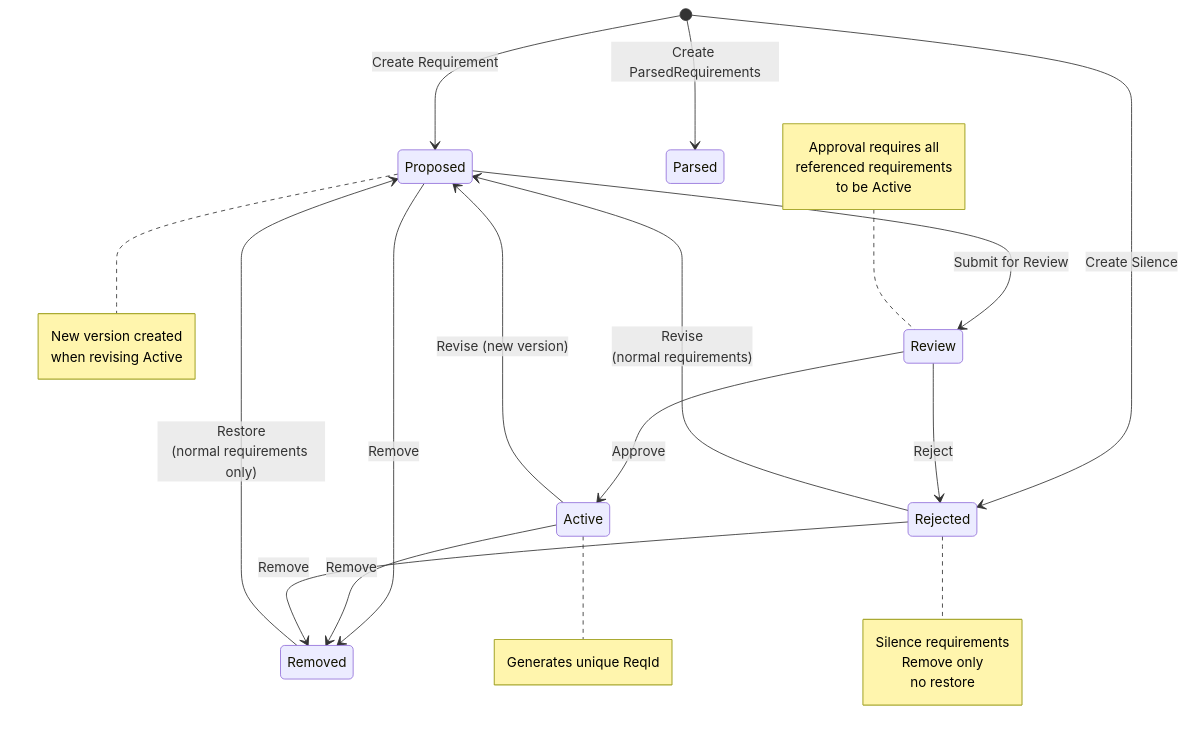
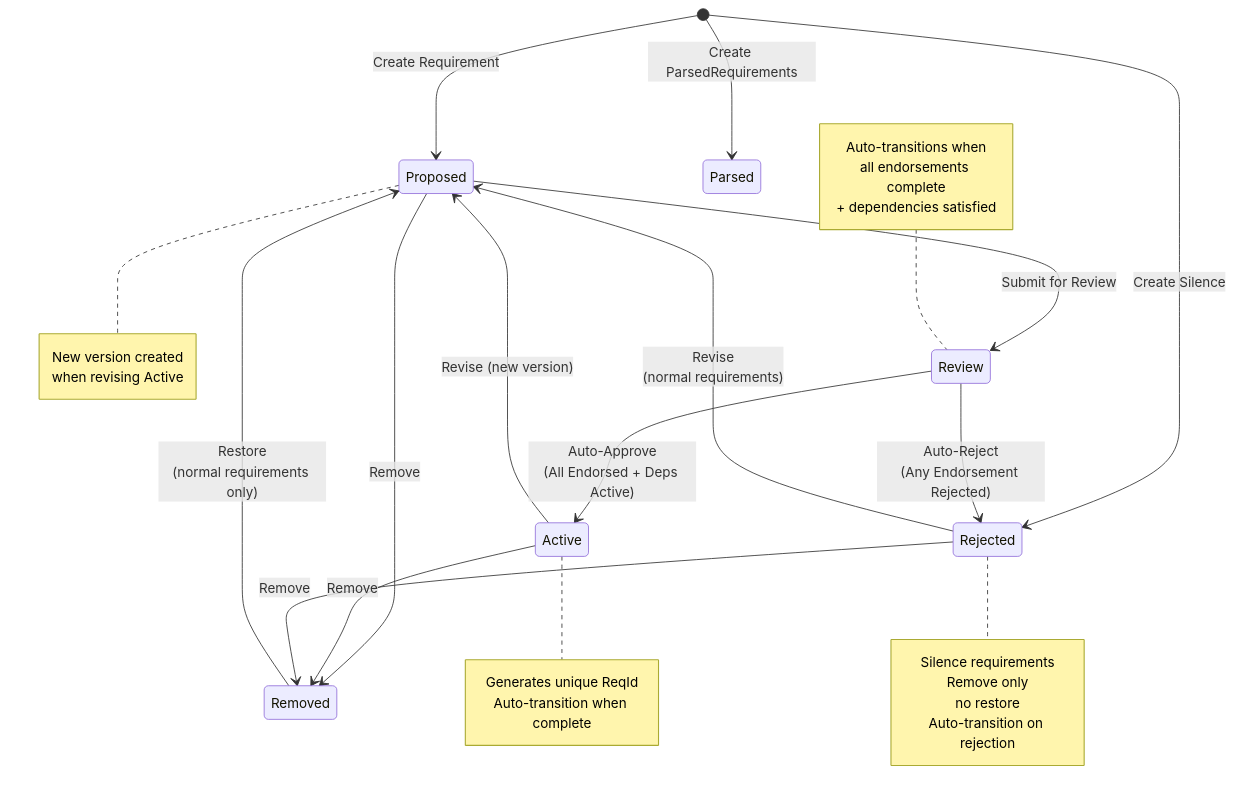
The diagram in CONTRIBUTING.md (final-hill/cathedral), drawn with Mermaid before and after one commit. The commit also changed other lines of this file and 122 other files, not shown here.

````diff
--- a/CONTRIBUTING.md
+++ b/CONTRIBUTING.md
@@ -249,25 +297,25 @@
 ```mermaid
 stateDiagram-v2
     [*] --> Proposed : Create Requirement
     [*] --> Rejected : Create Silence
     [*] --> Parsed : Create ParsedRequirements
 
     Proposed --> Review : Submit for Review
     Proposed --> Removed : Remove
 
-    Review --> Active : Approve
-    Review --> Rejected : Reject
+    Review --> Active : Auto-Approve<br>(All Endorsed + Deps Active)
+    Review --> Rejected : Auto-Reject<br>(Any Endorsement Rejected)
 
     Active --> Proposed : Revise (new version)
     Active --> Removed : Remove
 
     Rejected --> Proposed : Revise<br>(normal requirements)
     Rejected --> Removed : Remove
 
     Removed --> Proposed : Restore<br>(normal requirements only)
 
-    note right of Active : Generates unique ReqId
+    note right of Active : Generates unique ReqId<br>Auto-transition when complete
     note right of Proposed : New version created<br>when revising Active
-    note right of Rejected : Silence requirements<br>Remove only<br>no restore
-    note left of Review : Approval requires all<br>referenced requirements<br>to be Active
+    note right of Rejected : Silence requirements<br>Remove only<br>no restore<br>Auto-transition on rejection
+    note left of Review : Auto-transitions when<br>all endorsements complete<br>+ dependencies satisfied
 ```
````
